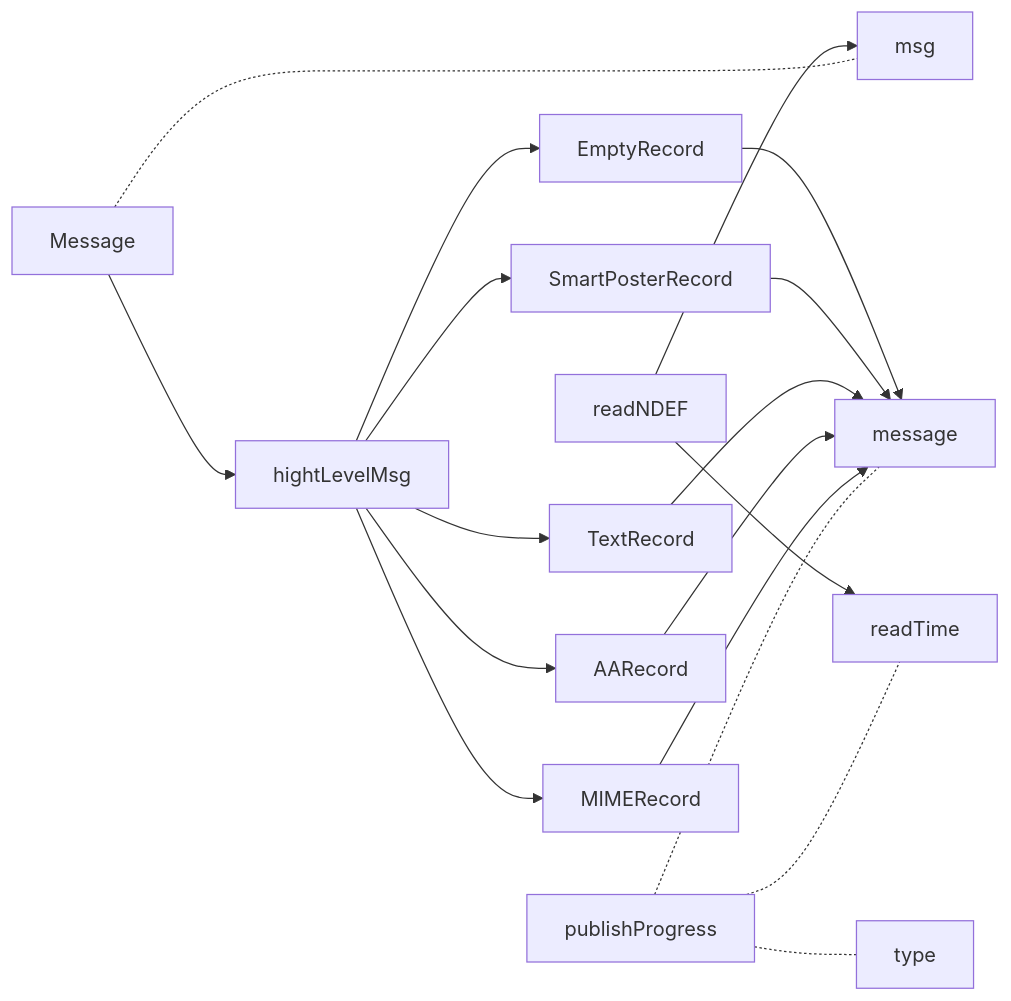
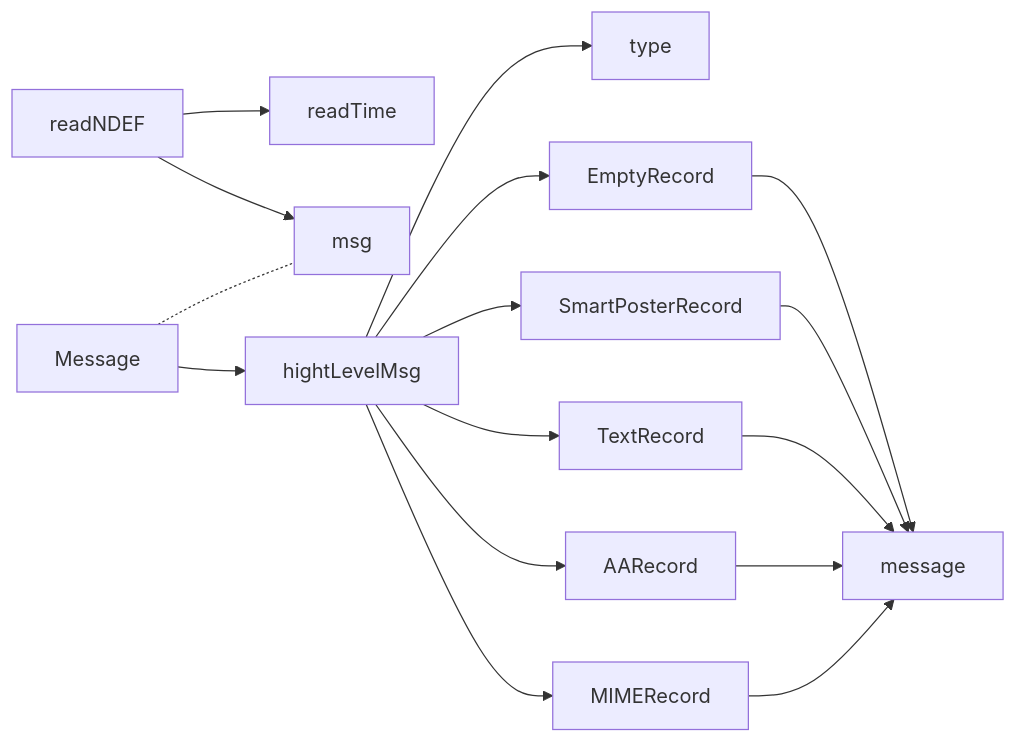
The third of 4 diagrams in nxp/Demo.md (gordianknotC/nxp_note), drawn with Mermaid before and after one commit. The commit also changed other lines of this file, not shown here.

Commit message:
nxp/Demo.md updated from https://stackedit.io/

````diff
--- a/nxp/Demo.md
+++ b/nxp/Demo.md
@@ -129,26 +129,21 @@
 ```mermaid
 graph LR
 msg
 
 readNDEF --> readTime
 readNDEF --> msg
 Message -.- msg
 Message --> hightLevelMsg
+hightLevelMsg --> type
 hightLevelMsg--> EmptyRecord
 hightLevelMsg--> SmartPosterRecord
 hightLevelMsg--> TextRecord
 hightLevelMsg--> AARecord
 hightLevelMsg--> MIMERecord
 
 EmptyRecord --> message
 SmartPosterRecord--> message
 TextRecord--> message
 AARecord--> message
 MIMERecord--> message
-
-readTime
-type
-publishProgress -.- message
-publishProgress -.- readTime
-publishProgress -.- type
 ```
````
